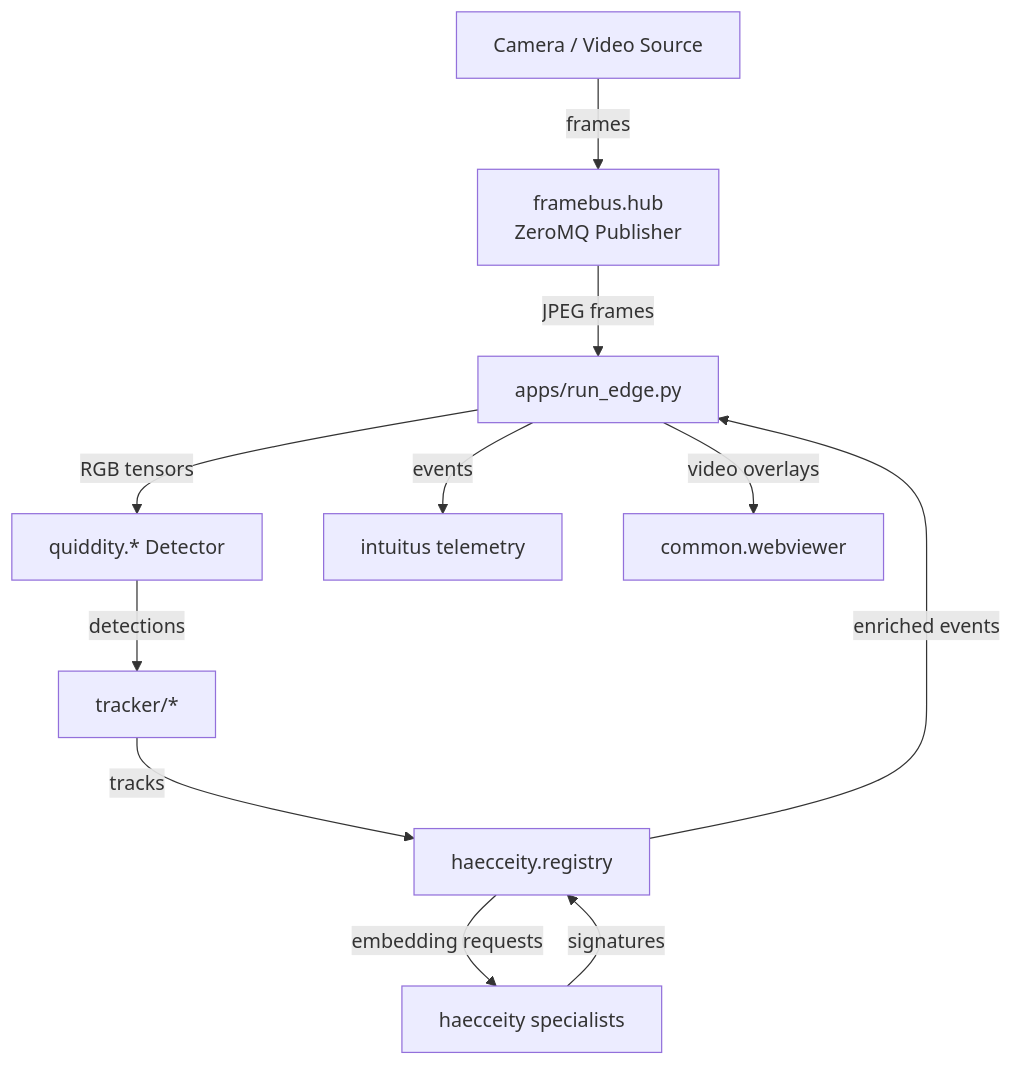
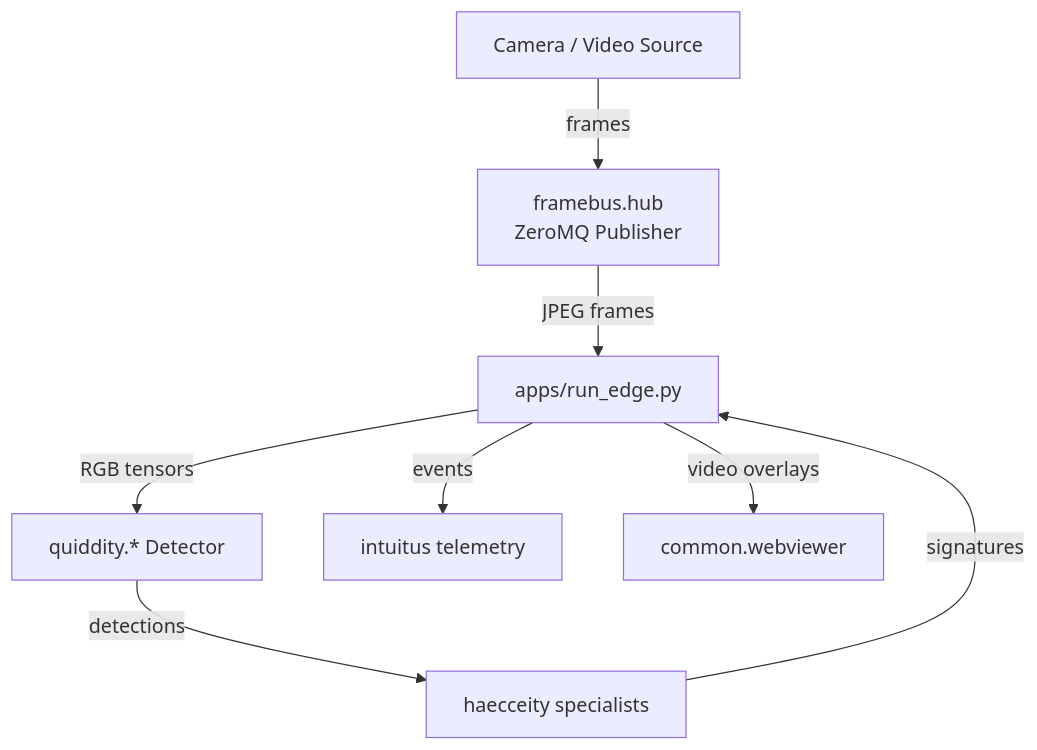
The diagram in docs/Architecture.md (inductiontrace/scotty), drawn with Mermaid before and after one commit. The commit also changed other lines of this file and 21 other files, not shown here.

````diff
--- a/docs/Architecture.md
+++ b/docs/Architecture.md
@@ -9,23 +8,18 @@
 ```mermaid
 graph TD
     Source[Camera / Video Source]
     FrameBus[framebus.hub<br>ZeroMQ Publisher]
     EdgeApp[apps/run_edge.py]
     Detector[quiddity.* Detector]
-    Tracker[tracker/*]
-    Registry[haecceity.registry]
     Specialists[haecceity specialists]
     Intuitus[intuitus telemetry]
     WebViewer[common.webviewer]
 
     Source -->|frames| FrameBus
     FrameBus -->|JPEG frames| EdgeApp
     EdgeApp -->|RGB tensors| Detector
-    Detector -->|detections| Tracker
-    Tracker -->|tracks| Registry
-    Registry -->|embedding requests| Specialists
-    Specialists -->|signatures| Registry
-    Registry -->|enriched events| EdgeApp
+    Detector -->|detections| Specialists
+    Specialists -->|signatures| EdgeApp
     EdgeApp -->|events| Intuitus
     EdgeApp -->|video overlays| WebViewer
 ```
````
